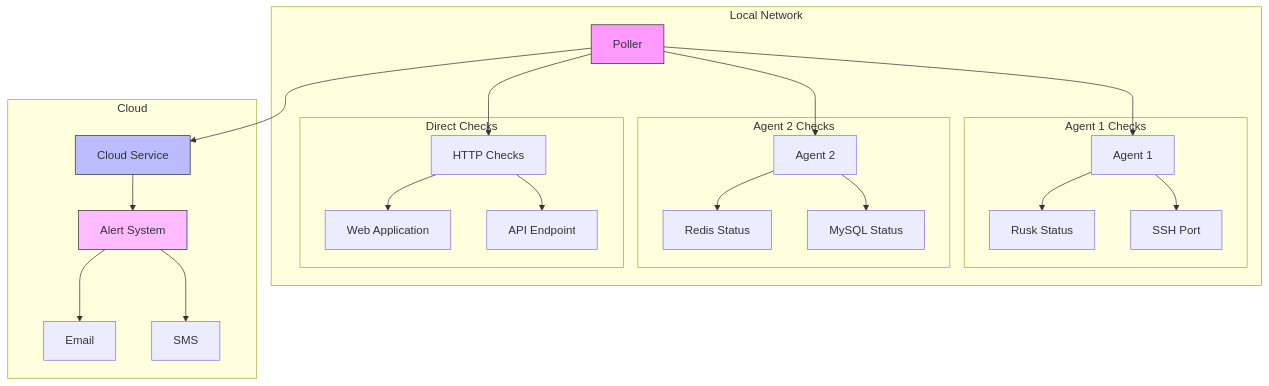
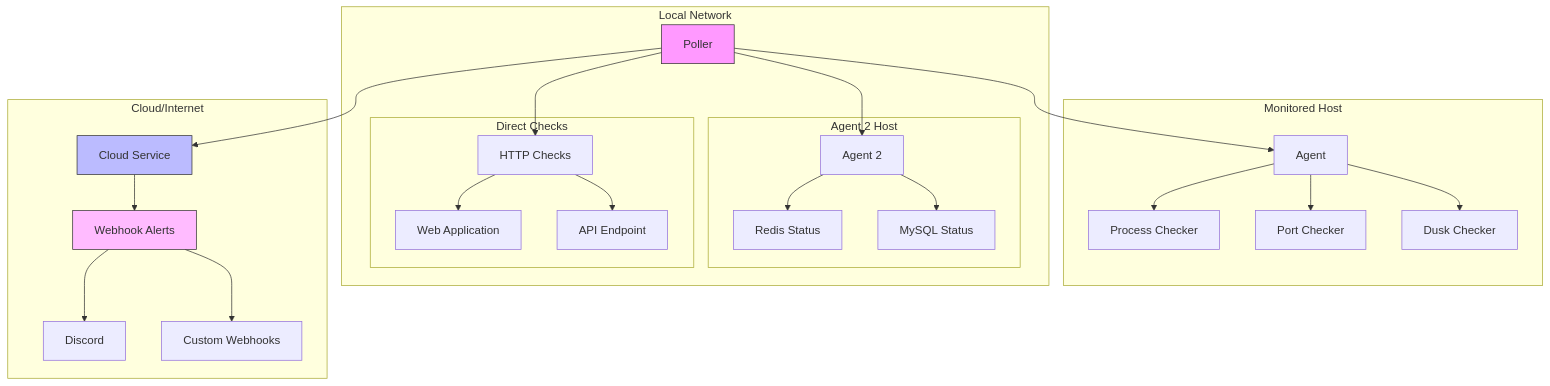
Before and after one commit to mfreeman451/serviceradar: the diagram in README.md, drawn with Mermaid. The commit also changed other lines of this file, not shown here.

````diff
--- a/README.md
+++ b/README.md
@@ -24,34 +16,35 @@
 ```mermaid
-graph TB
-    subgraph Local Network
-        P[Poller] --> A1[Agent 1]
+graph TD
+    subgraph "Monitored Host"
+        A[Agent] --> P1[Process Checker]
+        A --> P2[Port Checker]
+        A --> P3[Dusk Checker]
+    end
+
+    subgraph "Local Network"
+        P[Poller] --> A
         P --> A2[Agent 2]
         P --> HTTP[HTTP Checks]
         
-        subgraph "Agent 1 Checks"
-            A1 --> Rusk[Rusk Status]
-            A1 --> SSH[SSH Port]
-        end
-        
-        subgraph "Agent 2 Checks"
-            A2 --> Redis[Redis Status]
-            A2 --> MySQL[MySQL Status]
+        subgraph "Agent 2 Host"
+            A2 --> R[Redis Status]
+            A2 --> M[MySQL Status]
         end
         
         subgraph "Direct Checks"
             HTTP --> WebApp[Web Application]
             HTTP --> API[API Endpoint]
         end
     end
     
-    subgraph Cloud
+    subgraph "Cloud/Internet"
         P --> CS[Cloud Service]
-        CS --> Alerts[Alert System]
-        Alerts --> Email[Email]
-        Alerts --> SMS[SMS]
+        CS --> WH[Webhook Alerts]
+        WH --> Discord[Discord]
+        WH --> Custom[Custom Webhooks]
     end
 
     style P fill:#f9f,stroke:#333
     style CS fill:#bbf,stroke:#333
-    style Alerts fill:#fbf,stroke:#333
+    style WH fill:#fbf,stroke:#333
 ```
````
